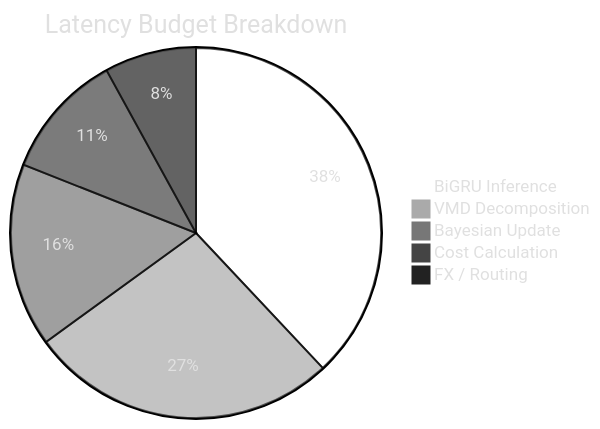
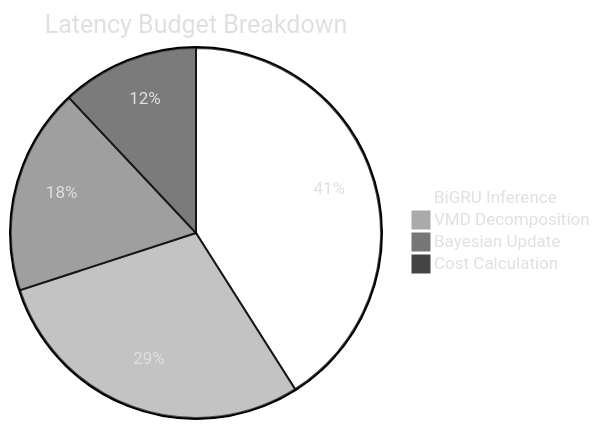
The fourth of 5 diagrams in README.md (new-vector/Aegis), drawn with Mermaid before and after one commit. The commit also changed other lines of this file, not shown here.

````diff
--- a/README.md
+++ b/README.md
@@ -152,9 +138,8 @@
 ```mermaid
-%%{init: {"theme": "base", "themeVariables": {"primaryColor": "#1a1a1a", "primaryTextColor": "#e0e0e0", "background": "#000000", "pie1": "#ffffff", "pie2": "#aaaaaa", "pie3": "#777777", "pie4": "#444444", "pie5": "#222222"}} }%%
+%%{init: {"theme": "base", "themeVariables": {"primaryColor": "#1a1a1a", "primaryTextColor": "#e0e0e0", "background": "#000000", "pie1": "#ffffff", "pie2": "#aaaaaa", "pie3": "#777777", "pie4": "#444444"}} }%%
 pie title Latency Budget Breakdown
-    "BiGRU Inference" : 38
-    "VMD Decomposition" : 27
-    "Bayesian Update" : 16
-    "Cost Calculation" : 11
-    "FX / Routing" : 8
+    "BiGRU Inference" : 41
+    "VMD Decomposition" : 29
+    "Bayesian Update" : 18
+    "Cost Calculation" : 12
 ```
````
